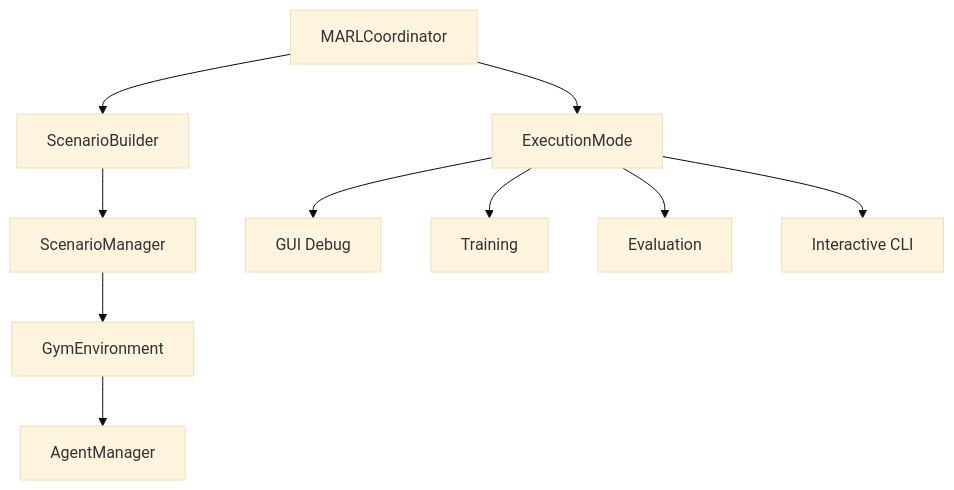
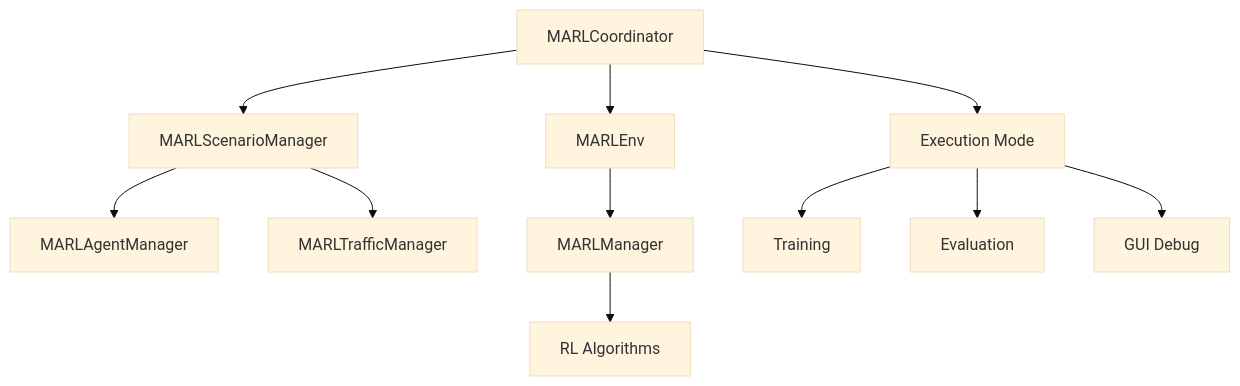
The diagram in docs/api/opencda-marl/coordinator.md (radar-lab/OpenCDA-MARL), drawn with Mermaid (base theme) before and after one commit. The commit also changed other lines of this file and 108 other files, not shown here.

````diff
--- a/docs/api/opencda-marl/coordinator.md
+++ b/docs/api/opencda-marl/coordinator.md
@@ -19,13 +19,15 @@
 ```mermaid
 graph TD
-    A[MARLCoordinator] --> B[ScenarioBuilder] 
-    B --> C[ScenarioManager]
-    C --> D[GymEnvironment] 
-    D --> E[AgentManager]
-    
-    A --> F[ExecutionMode]
-    F --> G[GUI Debug]
-    F --> H[Training]
-    F --> I[Evaluation] 
-    F --> J[Interactive CLI]
+    A[MARLCoordinator] --> B[MARLScenarioManager]
+    B --> C[MARLAgentManager]
+    B --> D[MARLTrafficManager]
+
+    A --> E[MARLEnv]
+    E --> F[MARLManager]
+    F --> G[RL Algorithms]
+
+    A --> H[Execution Mode]
+    H --> I[Training]
+    H --> J[Evaluation]
+    H --> K[GUI Debug]
 ```
````
